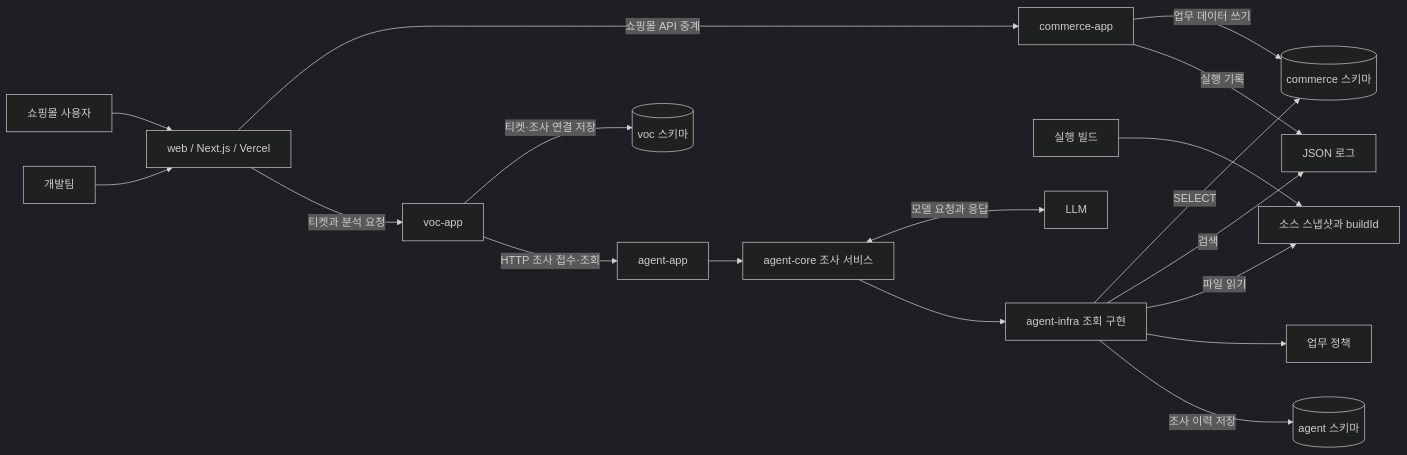
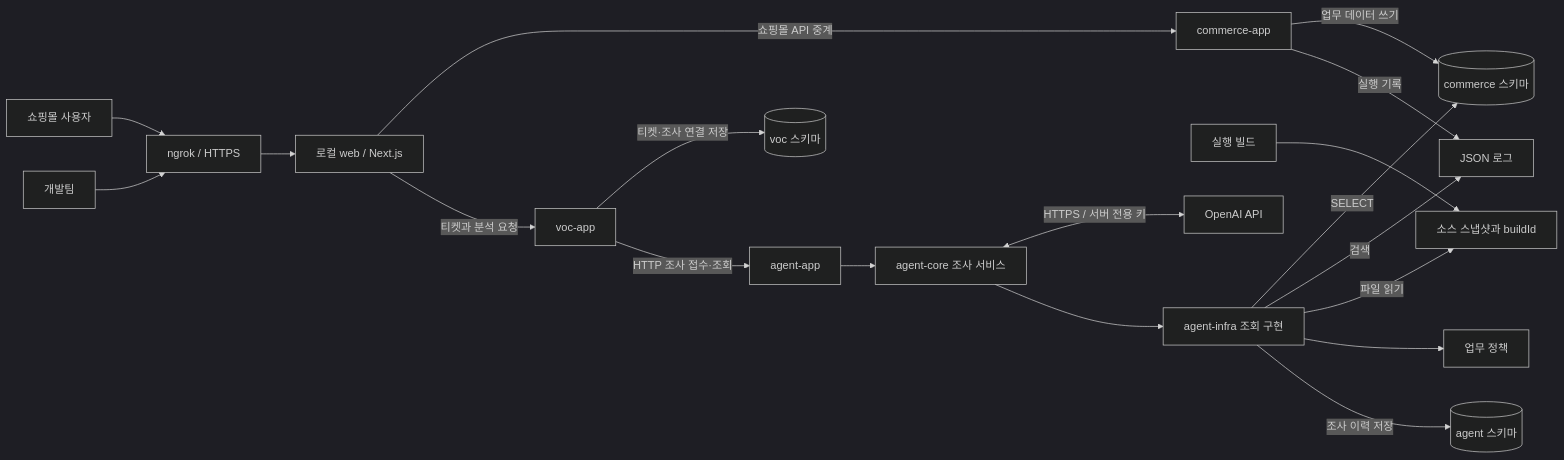
The second of 2 diagrams in docs/architecture.md (sanghyo-lab/jdd), drawn with Mermaid (dark theme) before and after one commit. The commit also changed other lines of this file and 15 other files, not shown here.

````diff
--- a/docs/architecture.md
+++ b/docs/architecture.md
@@ -94,21 +94,22 @@
 ```mermaid
 flowchart LR
-    Shopper[쇼핑몰 사용자] --> Web[web / Next.js / Vercel]
+    Shopper[쇼핑몰 사용자] --> Tunnel[ngrok / HTTPS]
+    Tunnel --> Web[로컬 web / Next.js]
     Web -->|쇼핑몰 API 중계| Commerce[commerce-app]
     Commerce -->|업무 데이터 쓰기| CDB[(commerce 스키마)]
     Commerce -->|실행 기록| Logs[JSON 로그]
     Build[실행 빌드] --> Sources[소스 스냅샷과 buildId]
 
-    Developer[개발팀] --> Web
+    Developer[개발팀] --> Tunnel
     Web -->|티켓과 분석 요청| VOC[voc-app]
     VOC -->|티켓·조사 연결 저장| VDB[(voc 스키마)]
     VOC -->|HTTP 조사 접수·조회| Agent[agent-app]
     Agent --> Core[agent-core 조사 서비스]
-    Core <-->|모델 요청과 응답| LLM[LLM]
+    Core <-->|HTTPS / 서버 전용 키| LLM[OpenAI API]
     Core --> Adapters[agent-infra 조회 구현]
     Adapters -->|SELECT| CDB
     Adapters -->|검색| Logs
     Adapters -->|파일 읽기| Sources
     Adapters --> Policy[업무 정책]
     Adapters -->|조사 이력 저장| ADB[(agent 스키마)]
 ```
````
